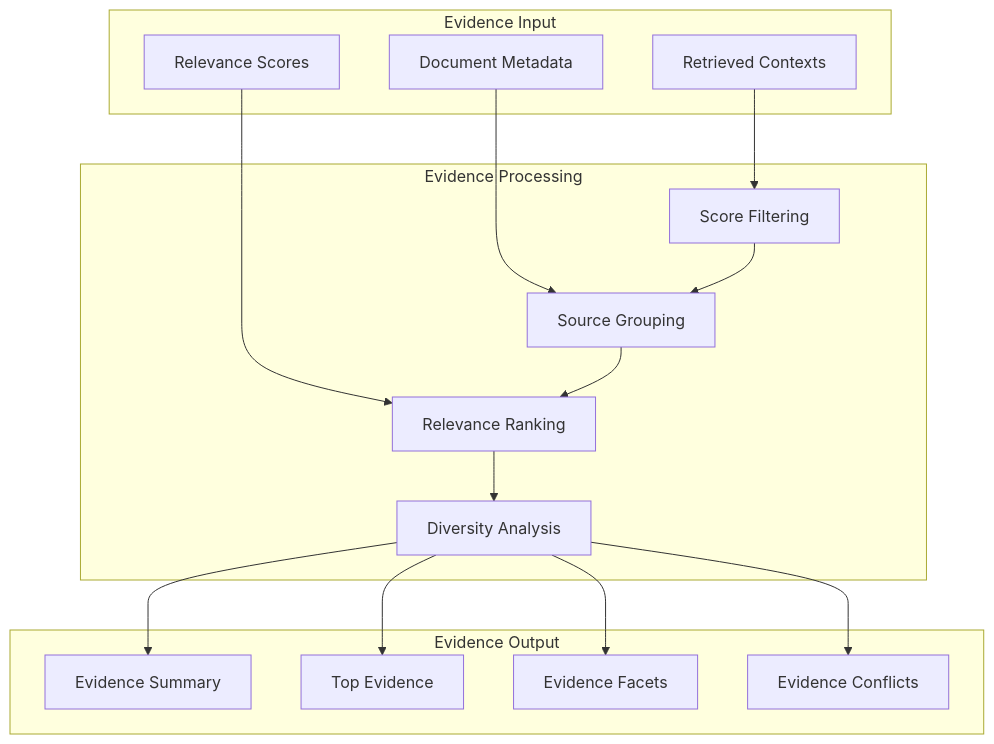
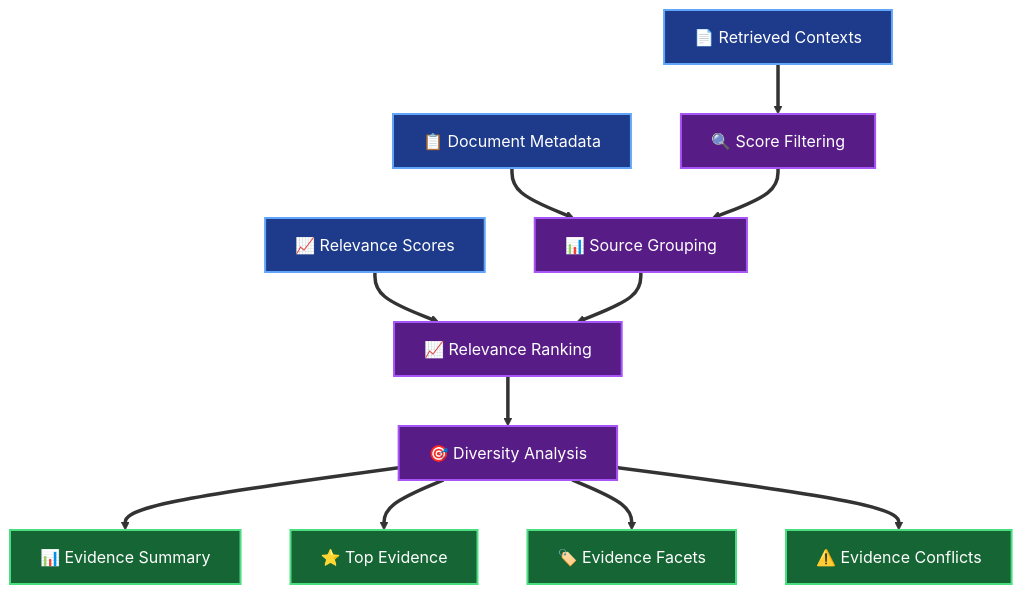
One commit to usathyan/paper-qa-ui changed diagram 11 of 18 in docs/DEVELOPER.md. Above: the diagram before and after it, drawn with Mermaid. The commit also changed other lines of this file, not shown here.

First line of the commit message:
Enhance third batch of mermaid diagrams with professional styling

````diff
--- a/docs/DEVELOPER.md
+++ b/docs/DEVELOPER.md
@@ -633,35 +648,42 @@
 ```mermaid
-graph TB
-    subgraph "Evidence Input"
-        CONTEXTS[Retrieved Contexts]
-        METADATA[Document Metadata]
-        SCORES[Relevance Scores]
-    end
+flowchart TD
+    %% Evidence Input
+    CONTEXTS[📄 Retrieved Contexts]
+    METADATA[📋 Document Metadata]
+    SCORES[📈 Relevance Scores]
     
-    subgraph "Evidence Processing"
-        FILTER[Score Filtering]
-        GROUP[Source Grouping]
-        RANK[Relevance Ranking]
-        DIVERSIFY[Diversity Analysis]
-    end
+    %% Processing Pipeline
+    FILTER[🔍 Score Filtering]
+    GROUP[📊 Source Grouping]
+    RANK[📈 Relevance Ranking]
+    DIVERSIFY[🎯 Diversity Analysis]
     
-    subgraph "Evidence Output"
-        SUMMARY[Evidence Summary]
-        TOP_EVIDENCE[Top Evidence]
-        FACETS[Evidence Facets]
-        CONFLICTS[Evidence Conflicts]
-    end
+    %% Evidence Output
+    SUMMARY[📊 Evidence Summary]
+    TOP_EVIDENCE[⭐ Top Evidence]
+    FACETS[🏷️ Evidence Facets]
+    CONFLICTS[⚠️ Evidence Conflicts]
     
-    CONTEXTS --> FILTER
-    METADATA --> GROUP
-    SCORES --> RANK
+    %% Flow
+    CONTEXTS ==> FILTER
+    METADATA ==> GROUP
+    SCORES ==> RANK
     
-    FILTER --> GROUP
-    GROUP --> RANK
-    RANK --> DIVERSIFY
+    FILTER ==> GROUP
+    GROUP ==> RANK
+    RANK ==> DIVERSIFY
     
-    DIVERSIFY --> SUMMARY
-    DIVERSIFY --> TOP_EVIDENCE
-    DIVERSIFY --> FACETS
-    DIVERSIFY --> CONFLICTS
+    DIVERSIFY ==> SUMMARY
+    DIVERSIFY ==> TOP_EVIDENCE
+    DIVERSIFY ==> FACETS
+    DIVERSIFY ==> CONFLICTS
+    
+    %% Styling
+    classDef inputStyle fill:#1e3a8a,stroke:#60a5fa,stroke-width:2px,color:#ffffff
+    classDef processStyle fill:#581c87,stroke:#a855f7,stroke-width:2px,color:#ffffff
+    classDef outputStyle fill:#166534,stroke:#4ade80,stroke-width:2px,color:#ffffff
+    
+    class CONTEXTS,METADATA,SCORES inputStyle
+    class FILTER,GROUP,RANK,DIVERSIFY processStyle
+    class SUMMARY,TOP_EVIDENCE,FACETS,CONFLICTS outputStyle
 ```
````
